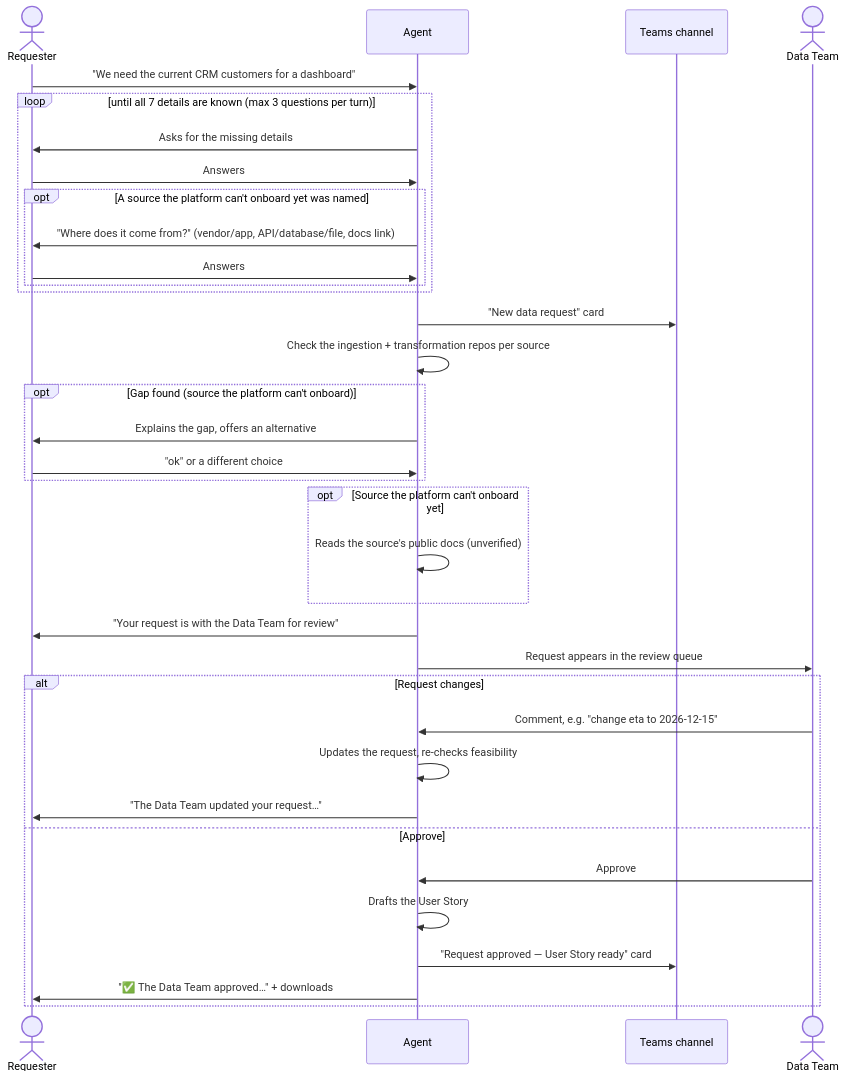
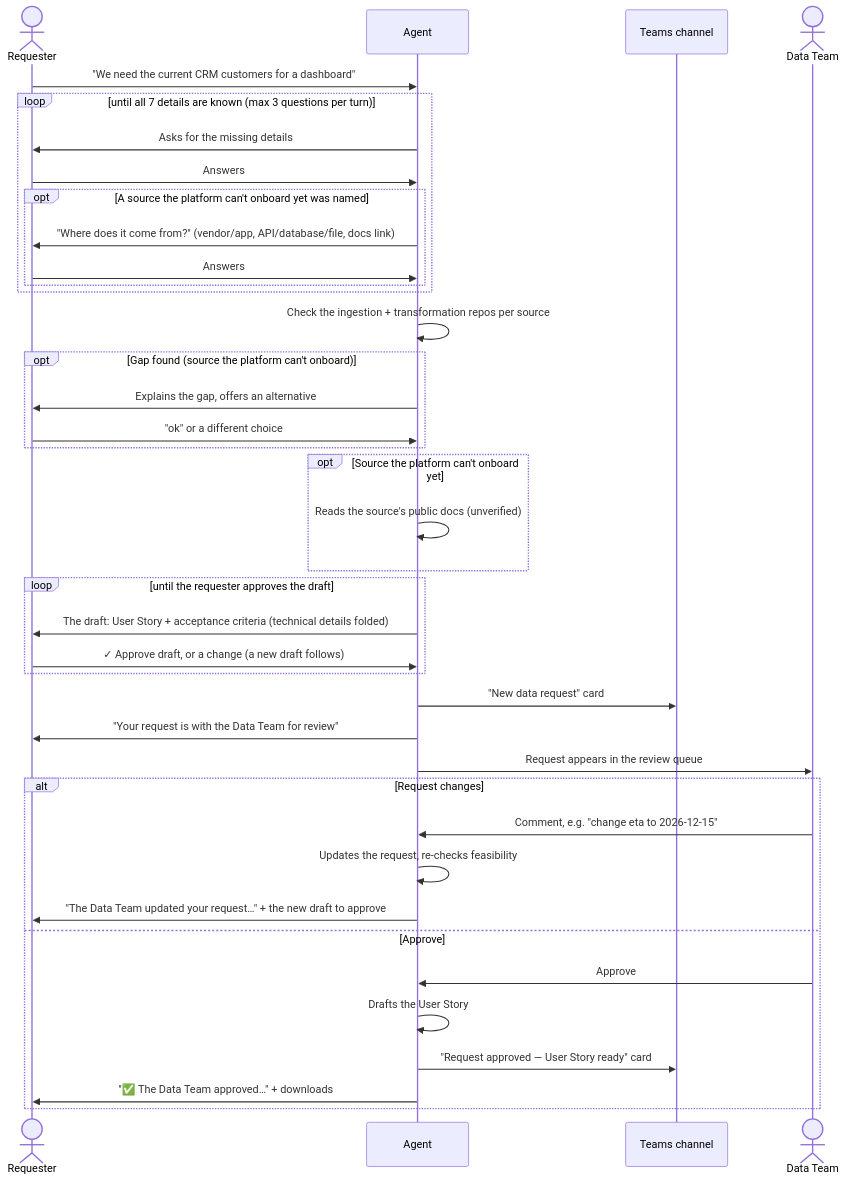
One commit to thanhphat2609/data-onboarding-agent changed the diagram in docs/HOW_IT_WORKS.md. Above: the diagram before and after it, drawn with Mermaid. The commit also changed other lines of this file and 13 other files, not shown here.

First line of the commit message:
Requester approves the draft before it goes to the Data Team (#6)

````diff
--- a/docs/HOW_IT_WORKS.md
+++ b/docs/HOW_IT_WORKS.md
@@ -10,38 +10,42 @@
 ```mermaid
 sequenceDiagram
     actor R as Requester
     participant A as Agent
     participant T as Teams channel
     actor D as Data Team
 
     R->>A: "We need the current CRM customers for a dashboard"
     loop until all 7 details are known (max 3 questions per turn)
         A->>R: Asks for the missing details
         R->>A: Answers
         opt A source the platform can't onboard yet was named
             A->>R: "Where does it come from?" (vendor/app, API/database/file, docs link)
             R->>A: Answers
         end
     end
-    A->>T: "New data request" card
     A->>A: Check the ingestion + transformation repos per source
     opt Gap found (source the platform can't onboard)
         A->>R: Explains the gap, offers an alternative
         R->>A: "ok" or a different choice
     end
     opt Source the platform can't onboard yet
         A->>A: Reads the source's public docs (unverified)
     end
+    loop until the requester approves the draft
+        A->>R: The draft: User Story + acceptance criteria (technical details folded)
+        R->>A: ✓ Approve draft, or a change (a new draft follows)
+    end
+    A->>T: "New data request" card
     A->>R: "Your request is with the Data Team for review"
     A->>D: Request appears in the review queue
     alt Request changes
         D->>A: Comment, e.g. "change eta to 2026-12-15"
         A->>A: Updates the request, re-checks feasibility
-        A->>R: "The Data Team updated your request…"
+        A->>R: "The Data Team updated your request…" + the new draft to approve
     else Approve
         D->>A: Approve
         A->>A: Drafts the User Story
         A->>T: "Request approved — User Story ready" card
         A->>R: "✅ The Data Team approved…" + downloads
     end
 ```
````
